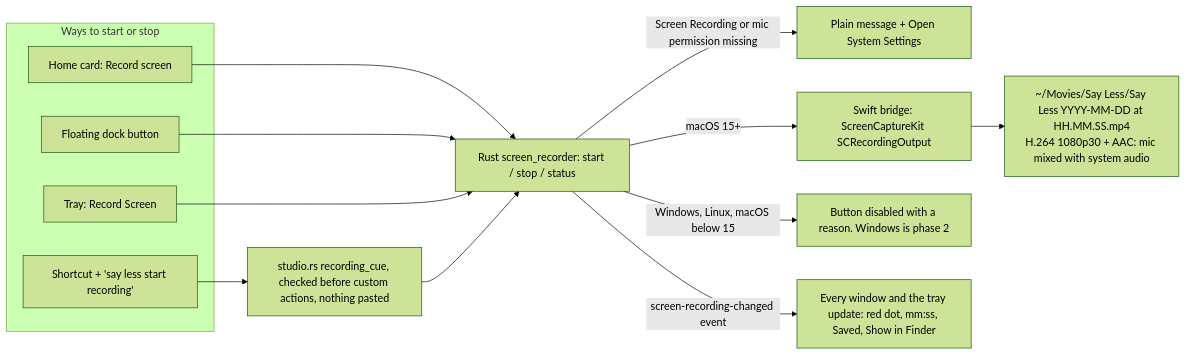
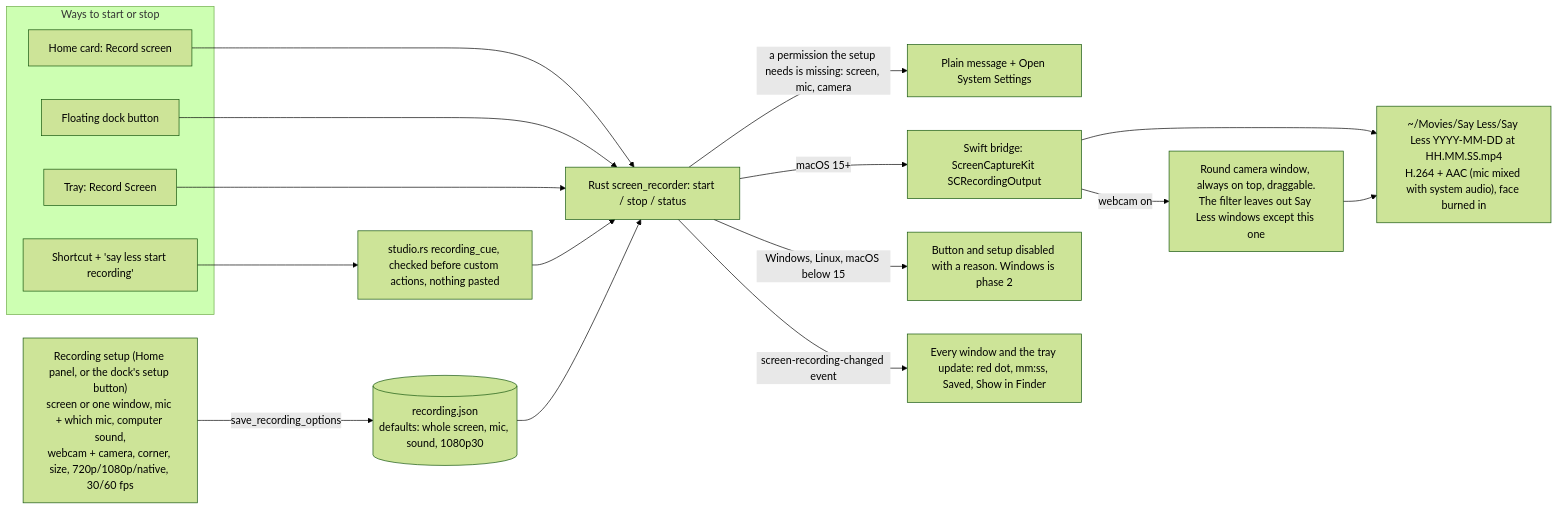
One commit to Dreydrey9000/say-less changed the diagram in docs/diagrams/screen-recording.mmd. Above: the diagram before and after it, drawn with Mermaid (forest theme). The commit also changed 52 other files, not shown here.

First line of the commit message:
Recording setup on Mac: window or screen, mic, computer sound, webcam bubble, quality (#20)

```diff
--- a/docs/diagrams/screen-recording.mmd
+++ b/docs/diagrams/screen-recording.mmd
@@ -1,17 +1,22 @@
 flowchart LR
     subgraph Start[Ways to start or stop]
         Home[Home card: Record screen]
         Dock[Floating dock button]
         Tray[Tray: Record Screen]
         Voice["Shortcut + 'say less start recording'"]
     end
+    Setup["Recording setup (Home panel, or the dock's setup button)<br/>screen or one window, mic + which mic, computer sound,<br/>webcam + camera, corner, size, 720p/1080p/native, 30/60 fps"]
+    Setup -->|save_recording_options| Store[(recording.json<br/>defaults: whole screen, mic, sound, 1080p30)]
     Voice --> Match[studio.rs recording_cue, checked before custom actions, nothing pasted]
     Home --> Cmd
     Dock --> Cmd
     Tray --> Cmd
     Match --> Cmd[Rust screen_recorder: start / stop / status]
-    Cmd -->|Screen Recording or mic permission missing| Denied[Plain message + Open System Settings]
+    Store --> Cmd
+    Cmd -->|a permission the setup needs is missing: screen, mic, camera| Denied[Plain message + Open System Settings]
     Cmd -->|macOS 15+| Swift[Swift bridge: ScreenCaptureKit SCRecordingOutput]
-    Cmd -->|Windows, Linux, macOS below 15| Off[Button disabled with a reason. Windows is phase 2]
-    Swift --> File["~/Movies/Say Less/Say Less YYYY-MM-DD at HH.MM.SS.mp4<br/>H.264 1080p30 + AAC: mic mixed with system audio"]
+    Swift -->|webcam on| Bubble[Round camera window, always on top, draggable.<br/>The filter leaves out Say Less windows except this one]
+    Cmd -->|Windows, Linux, macOS below 15| Off[Button and setup disabled with a reason. Windows is phase 2]
+    Swift --> File["~/Movies/Say Less/Say Less YYYY-MM-DD at HH.MM.SS.mp4<br/>H.264 + AAC (mic mixed with system audio), face burned in"]
+    Bubble --> File
     Cmd -->|screen-recording-changed event| UI[Every window and the tray update: red dot, mm:ss, Saved, Show in Finder]
```
